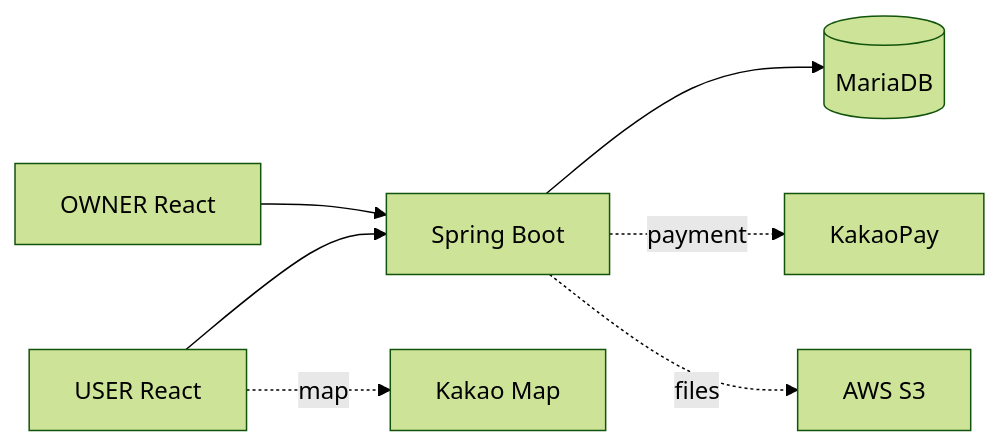
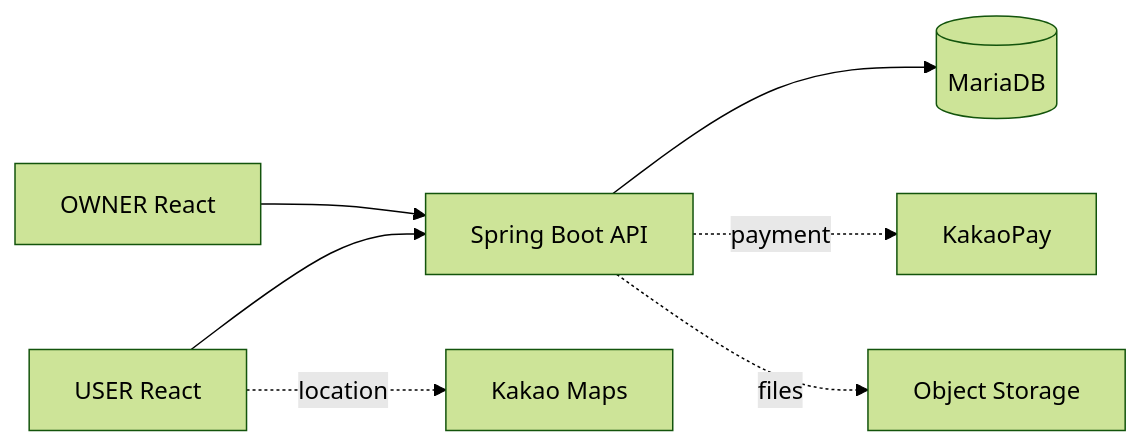
Before and after one commit to minjuko/Team10_FE_USER: the diagram in README.md, drawn with Mermaid (forest theme). The commit also changed other lines of this file and 36 other files, not shown here.

````diff
--- a/README.md
+++ b/README.md
@@ -127,9 +78,9 @@
 ```mermaid
 flowchart LR
-  U[USER React] --> B[Spring Boot]
-  O[OWNER React] --> B
-  B --> DB[(MariaDB)]
-  U -. map .-> KM[Kakao Map]
-  B -. payment .-> KP[KakaoPay]
-  B -. files .-> S3[AWS S3]
+  USER[USER React] --> API[Spring Boot API]
+  OWNER[OWNER React] --> API
+  API --> DB[(MariaDB)]
+  USER -. location .-> MAP[Kakao Maps]
+  API -. payment .-> PAY[KakaoPay]
+  API -. files .-> STORE[Object Storage]
 ```
````
